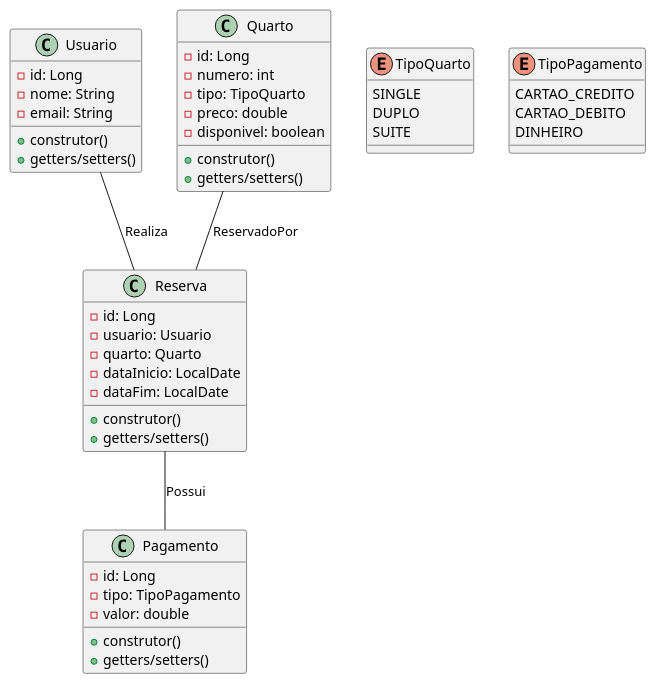
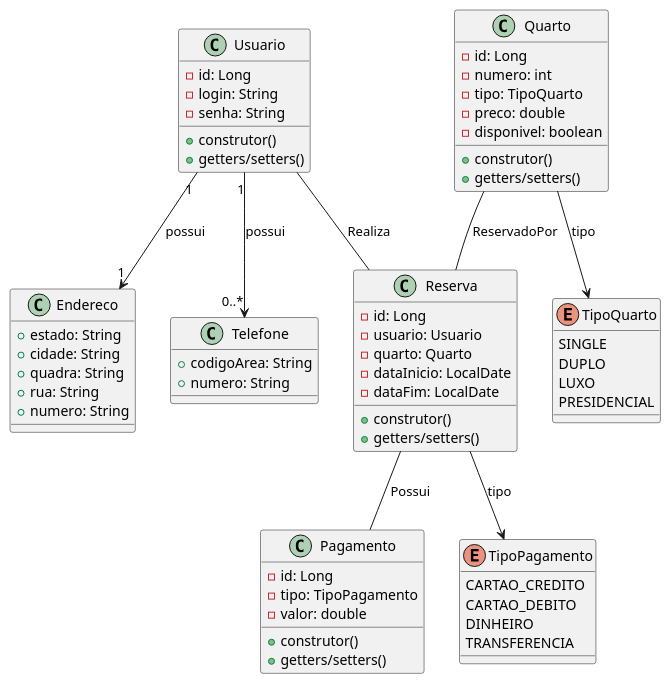
The diagram in src/main/java/br/unitins/topicos1/model/Diagrama.puml (JoaoPOPaulino/quarkus-topicos1-2023-2), drawn with PlantUML before and after one commit.

```diff
--- a/src/main/java/br/unitins/topicos1/model/Diagrama.puml
+++ b/src/main/java/br/unitins/topicos1/model/Diagrama.puml
@@ -1,55 +1,74 @@
 @startuml
 
 class Usuario {
   - id: Long
-  - nome: String
-  - email: String
+  - login: String
+  - senha: String
   + construtor()
   + getters/setters()
+}
+
+class Endereco {
+  + estado: String
+  + cidade: String
+  + quadra: String
+  + rua: String
+  + numero: String
+}
+
+class Telefone {
+  + codigoArea: String
+  + numero: String
 }
 
 class Quarto {
   - id: Long
   - numero: int
   - tipo: TipoQuarto
   - preco: double
   - disponivel: boolean
   + construtor()
   + getters/setters()
 }
 
 enum TipoQuarto {
   SINGLE
   DUPLO
-  SUITE
+  LUXO
+  PRESIDENCIAL
 }
 
 class Reserva {
   - id: Long
   - usuario: Usuario
   - quarto: Quarto
   - dataInicio: LocalDate
   - dataFim: LocalDate
   + construtor()
   + getters/setters()
 }
 
 class Pagamento {
   - id: Long
   - tipo: TipoPagamento
   - valor: double
   + construtor()
   + getters/setters()
 }
 
 enum TipoPagamento {
   CARTAO_CREDITO
   CARTAO_DEBITO
   DINHEIRO
+  TRANSFERENCIA
 }
 
 Usuario -- Reserva : Realiza
 Quarto -- Reserva : ReservadoPor
 Reserva -- Pagamento : Possui
+Quarto --> TipoQuarto : tipo
+Reserva --> TipoPagamento : tipo
+Usuario "1" --> "0..*" Telefone : possui
+Usuario "1" --> "1" Endereco : possui
 
 @enduml
```
